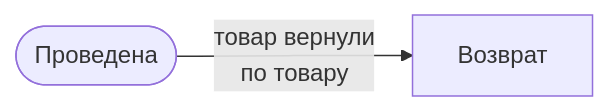
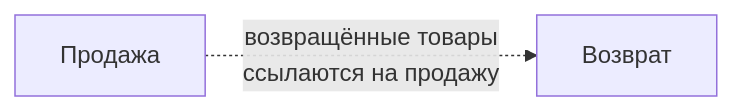
The first of 4 diagrams in docs/accounting-rules.md (EGSP/collection-zarplata), drawn with Mermaid before and after one commit. The commit also changed other lines of this file and 20 other files, not shown here.

````diff
--- a/docs/accounting-rules.md
+++ b/docs/accounting-rules.md
@@ -42,7 +64,7 @@
 ```mermaid
 flowchart LR
-    posted(["Проведена"])
+    sale["Продажа"]
     refund["Возврат"]
 
-    posted -- "товар вернули<br/>по товару" --> refund
+    sale -. "возвращённые товары<br/>ссылаются на продажу" .-> refund
 ```
````
